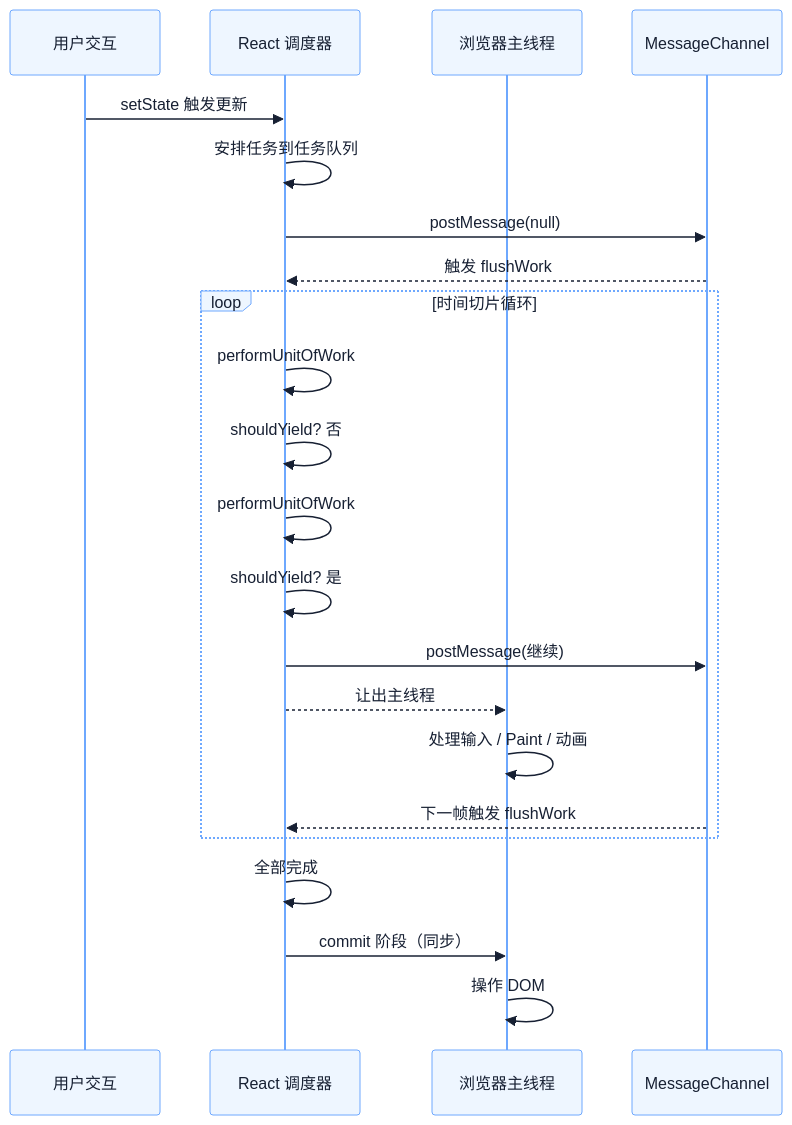
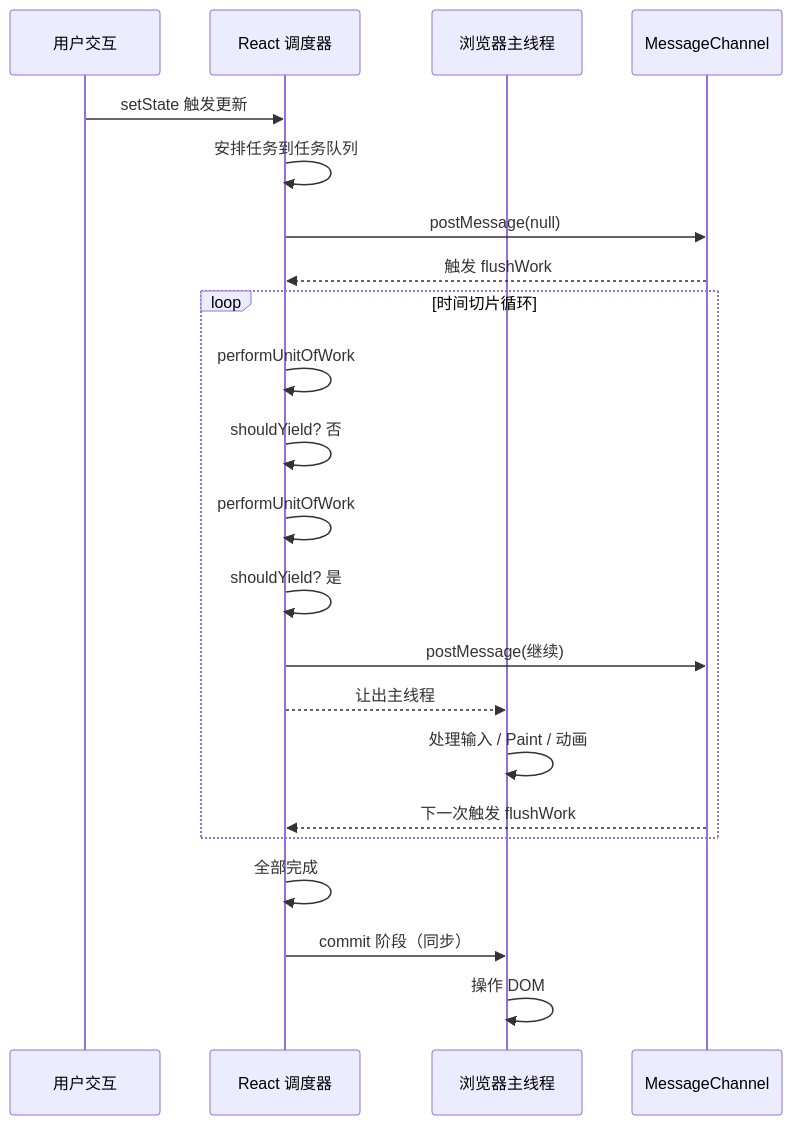
One commit to Fatejian/frontier-vault changed the fourth of 7 diagrams in docs/frameworks/react-fiber.md. Above: the diagram before and after it, drawn with Mermaid. The commit also changed other lines of this file and 41 other files, not shown here.

````diff
--- a/docs/frameworks/react-fiber.md
+++ b/docs/frameworks/react-fiber.md
@@ -492,28 +432,27 @@
 ```mermaid
-%%{init: {'theme': 'base', 'themeVariables': { 'fontFamily': 'Inter, PingFang SC, Microsoft YaHei, sans-serif', 'primaryColor': '#EEF6FF', 'primaryTextColor': '#172033', 'primaryBorderColor': '#6EA8FE', 'lineColor': '#8A94A6', 'secondaryColor': '#F7F9FC', 'tertiaryColor': '#FFF7E6', 'fontSize': '13px'}}}%%
 sequenceDiagram
     participant U as 用户交互
     participant R as React 调度器
     participant B as 浏览器主线程
     participant M as MessageChannel
 
     U->>R: setState 触发更新
     R->>R: 安排任务到任务队列
     R->>M: postMessage(null)
     M-->>R: 触发 flushWork
 
     loop 时间切片循环
         R->>R: performUnitOfWork
         R->>R: shouldYield? 否
         R->>R: performUnitOfWork
         R->>R: shouldYield? 是
         R->>M: postMessage(继续)
         R-->>B: 让出主线程
         B->>B: 处理输入 / Paint / 动画
-        M-->>R: 下一帧触发 flushWork
+        M-->>R: 下一次触发 flushWork
     end
 
     R->>R: 全部完成
     R->>B: commit 阶段（同步）
     B->>B: 操作 DOM
 ```
````
